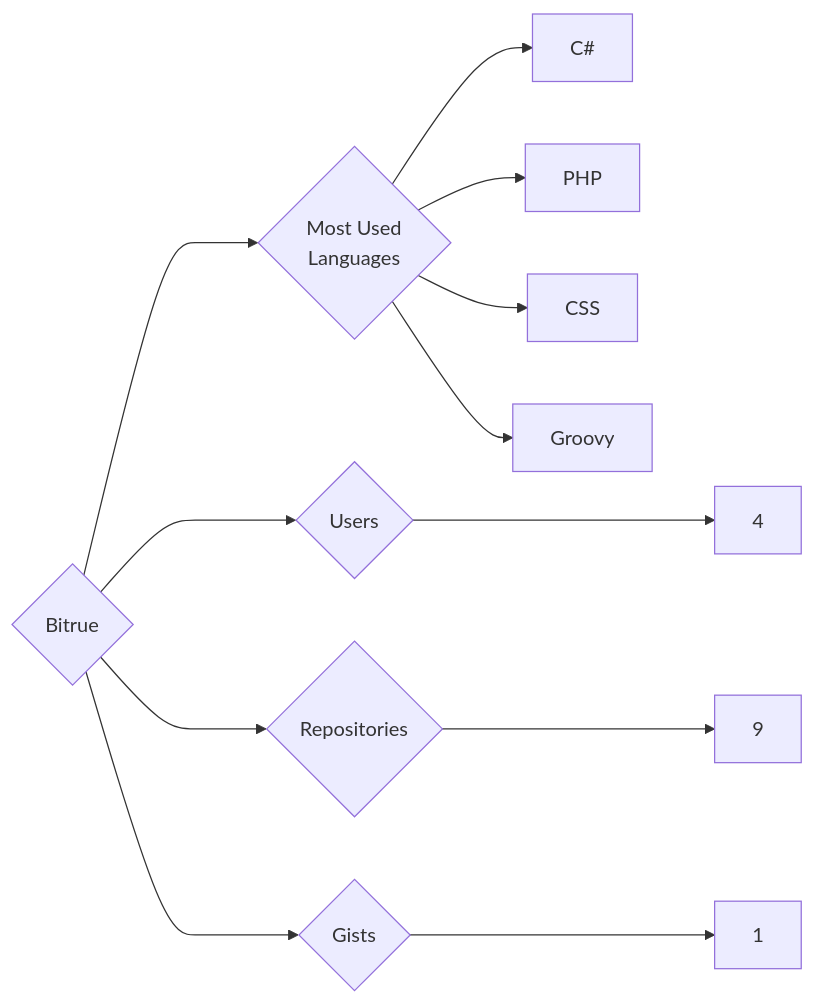
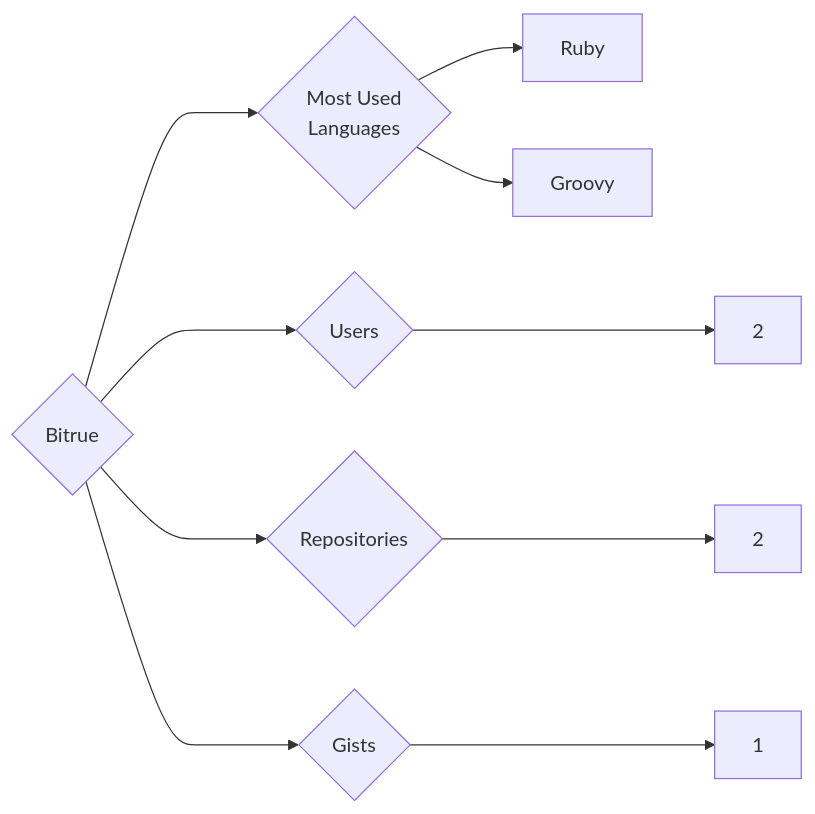
The diagram in targets/Bitrue/README.md (trickest/insiders), drawn with Mermaid before and after one commit. The commit also changed 715 other files, not shown here.

````diff
--- a/targets/Bitrue/README.md
+++ b/targets/Bitrue/README.md
@@ -3,12 +3,10 @@
 ```mermaid
 graph LR
 COMPANY_NAME{Bitrue}
-COMPANY_NAME ---> U{Users} ---> UN[4]
-COMPANY_NAME ---> R{Repositories} ---> RN[9]
+COMPANY_NAME ---> U{Users} ---> UN[2]
+COMPANY_NAME ---> R{Repositories} ---> RN[2]
 COMPANY_NAME ---> G{Gists} ---> GN[1]
 COMPANY_NAME ---> ML{Most Used<br>Languages}
-ML --> C#[C#]
-ML --> PHP[PHP]
-ML --> CSS[CSS]
+ML --> Ruby[Ruby]
 ML --> Groovy[Groovy]
 ```
````
